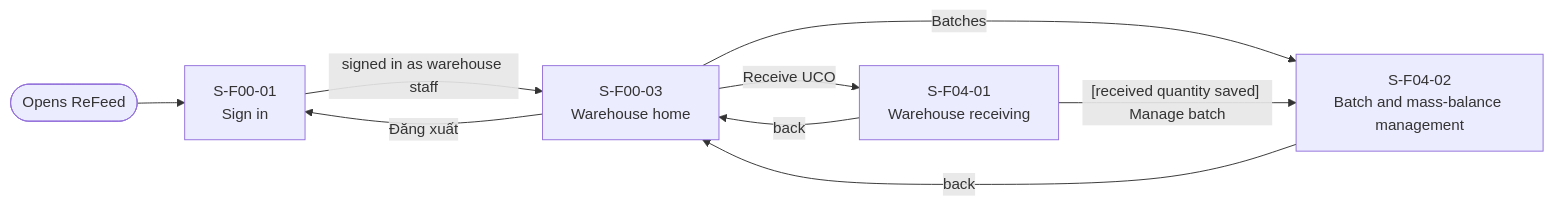
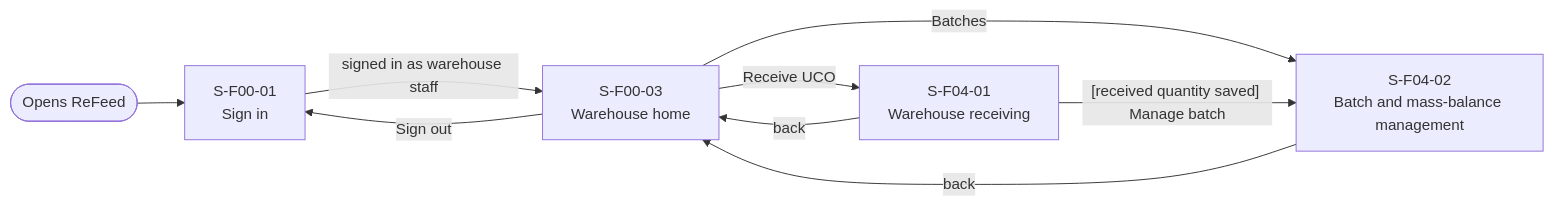
One commit to thuyvicbh-alt/DBIZ2---GROUP-D changed the third of 4 diagrams in docs/external-design/screen-transition.md. Above: the diagram before and after it, drawn with Mermaid. The commit also changed other lines of this file, not shown here.

````diff
--- a/docs/external-design/screen-transition.md
+++ b/docs/external-design/screen-transition.md
@@ -89,16 +89,16 @@
 ```mermaid
 flowchart LR
   entry(["Opens ReFeed"])
   S00_01["S-F00-01<br>Sign in"]
   S00_03["S-F00-03<br>Warehouse home"]
   S04_01["S-F04-01<br>Warehouse receiving"]
   S04_02["S-F04-02<br>Batch and mass-balance management"]
   entry --> S00_01
   S00_01 -->|"signed in as warehouse staff"| S00_03
   S00_03 -->|"Receive UCO"| S04_01
   S00_03 -->|"Batches"| S04_02
-  S00_03 -->|"Đăng xuất"| S00_01
+  S00_03 -->|"Sign out"| S00_01
   S04_01 -->|"[received quantity saved] Manage batch"| S04_02
   S04_01 -->|"back"| S00_03
   S04_02 -->|"back"| S00_03
 ```
````
